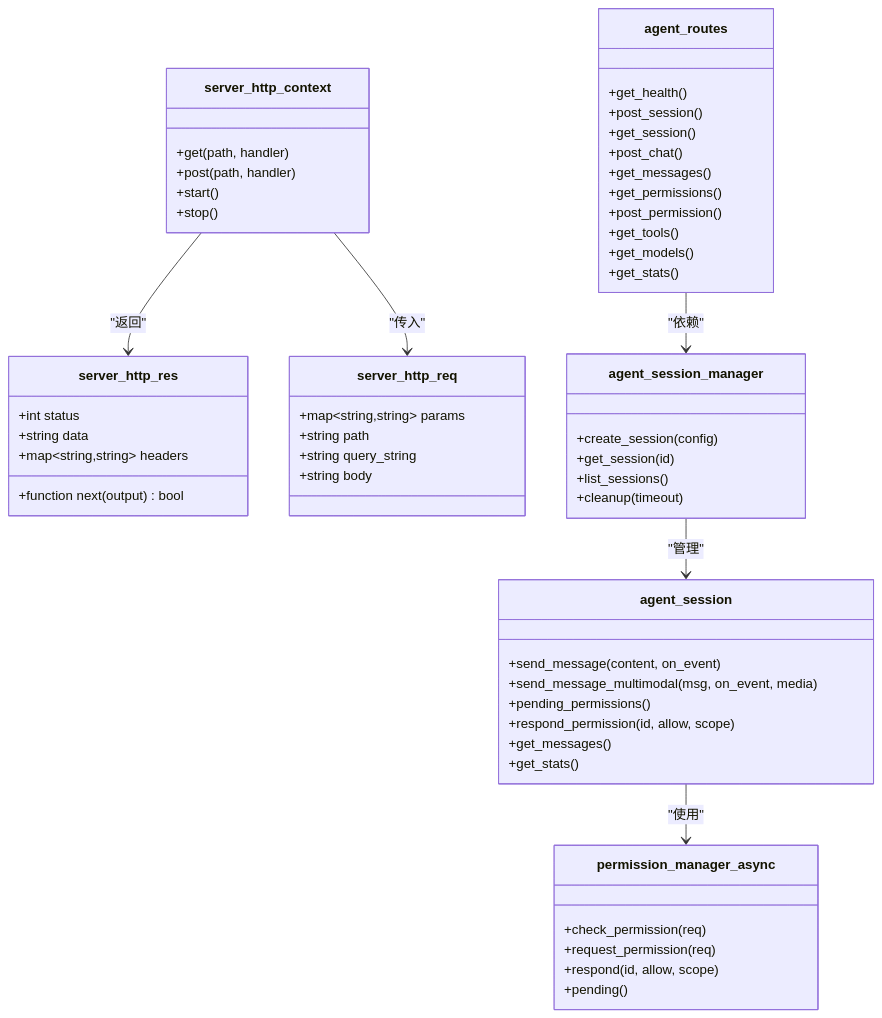
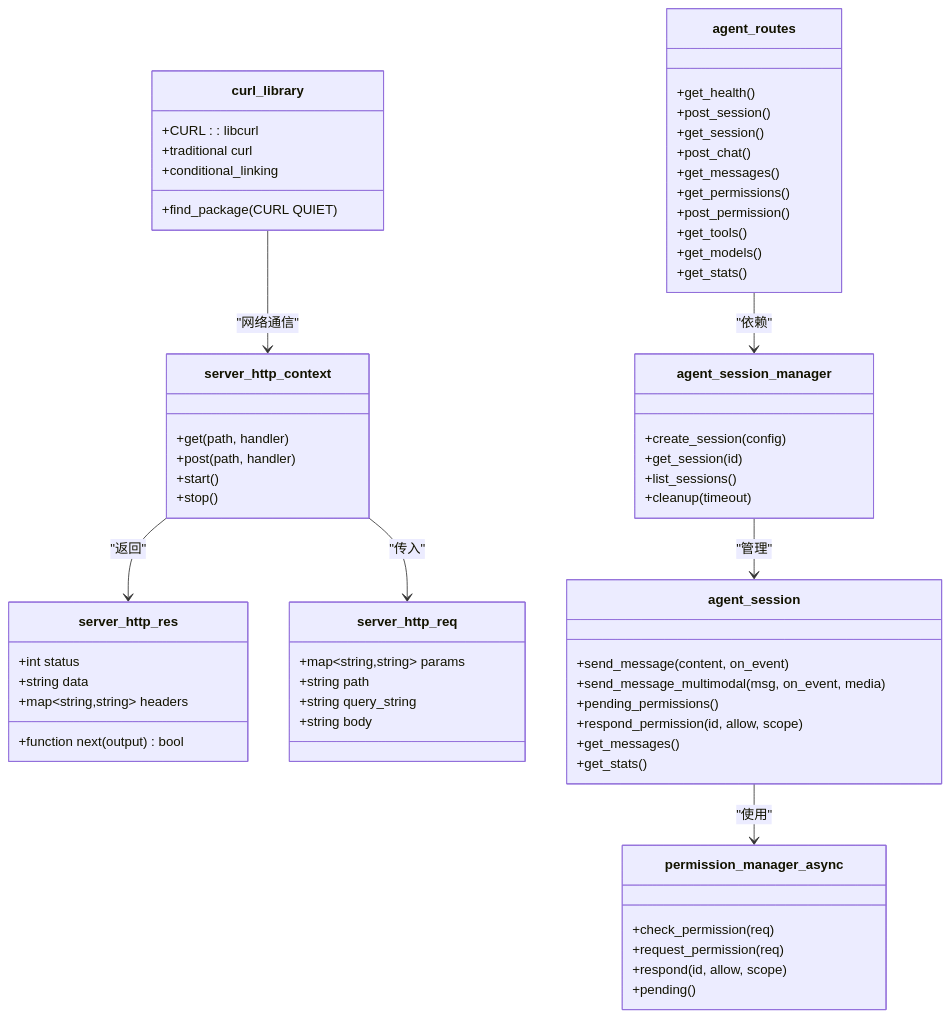
Before and after one commit to acproject/llama.cpp-agent: the third of 3 diagrams in .qoder/repowiki/zh/content/HTTP 服务器和 API/HTTP 服务器和 API.md, drawn with Mermaid. The commit also changed other lines of this file and 2 other files, not shown here.

````diff
--- a/.qoder/repowiki/zh/content/HTTP 服务器和 API/HTTP 服务器和 API.md
+++ b/.qoder/repowiki/zh/content/HTTP 服务器和 API/HTTP 服务器和 API.md
@@ -322,58 +371,65 @@
 ```mermaid
 classDiagram
 class server_http_context {
 +get(path, handler)
 +post(path, handler)
 +start()
 +stop()
 }
 class server_http_res {
 +int status
 +string data
 +map~string,string~ headers
 +function next(output) bool
 }
 class server_http_req {
 +map~string,string~ params
 +string path
 +string query_string
 +string body
 }
 class agent_routes {
 +get_health()
 +post_session()
 +get_session()
 +post_chat()
 +get_messages()
 +get_permissions()
 +post_permission()
 +get_tools()
 +get_models()
 +get_stats()
 }
 class agent_session_manager {
 +create_session(config)
 +get_session(id)
 +list_sessions()
 +cleanup(timeout)
 }
 class agent_session {
 +send_message(content, on_event)
 +send_message_multimodal(msg, on_event, media)
 +pending_permissions()
 +respond_permission(id, allow, scope)
 +get_messages()
 +get_stats()
 }
 class permission_manager_async {
 +check_permission(req)
 +request_permission(req)
 +respond(id, allow, scope)
 +pending()
 }
+class curl_library {
++find_package(CURL QUIET)
++CURL : : libcurl
++traditional curl
++conditional_linking
+}
 server_http_context --> server_http_res : "返回"
 server_http_context --> server_http_req : "传入"
 agent_routes --> agent_session_manager : "依赖"
 agent_session_manager --> agent_session : "管理"
 agent_session --> permission_manager_async : "使用"
+curl_library --> server_http_context : "网络通信"
 ```
````
